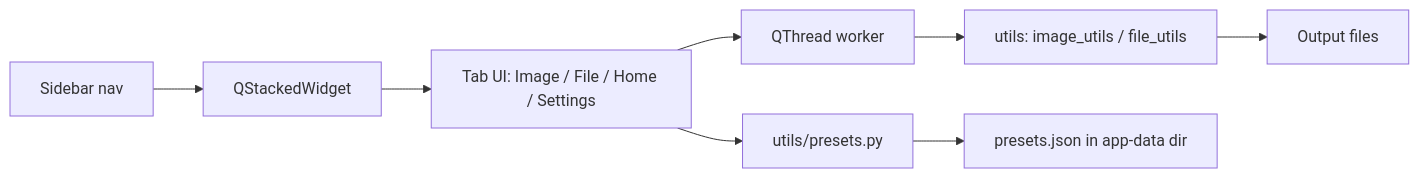
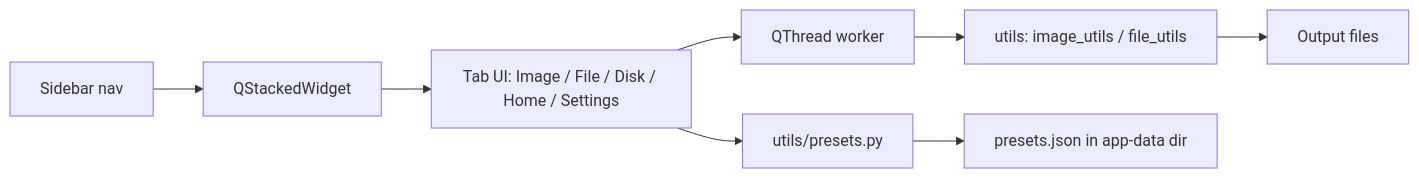
Before and after one commit to TechCabana/utility-tool: the diagram in README.md, drawn with Mermaid. The commit also changed other lines of this file and 6 other files, not shown here.

````diff
--- a/README.md
+++ b/README.md
@@ -158,10 +159,10 @@
 ```mermaid
 flowchart LR
     A[Sidebar nav] --> B[QStackedWidget]
-    B --> C[Tab UI: Image / File / Home / Settings]
+    B --> C[Tab UI: Image / File / Disk / Home / Settings]
     C --> D[QThread worker]
     D --> E[utils: image_utils / file_utils]
     E --> F[Output files]
     C --> G[utils/presets.py]
     G --> H[presets.json in app-data dir]
 ```
````
